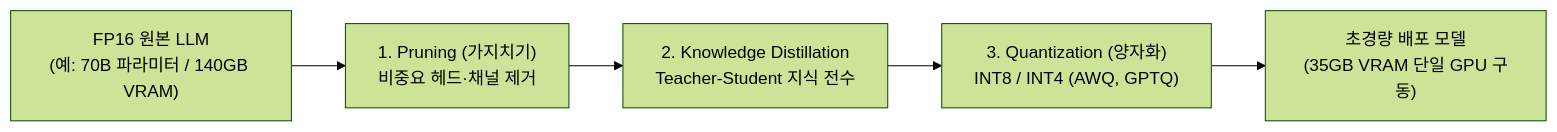
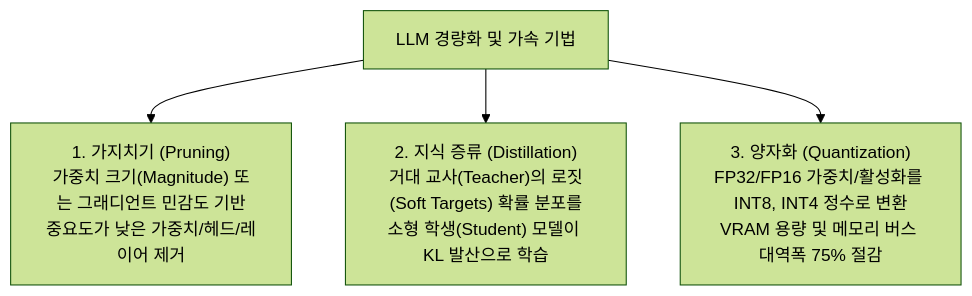
Before and after one commit to umyunsang/edu: the diagram in LGAimer/LG Aimers 8기/notes/04. LLM 경량화 — Pruning·Distillation·Quantization.md, drawn with Mermaid (forest theme). The commit also changed other lines of this file and 8 other files, not shown here.

````diff
--- a/LGAimer/LG Aimers 8기/notes/04. LLM 경량화 — Pruning·Distillation·Quantization.md
+++ b/LGAimer/LG Aimers 8기/notes/04. LLM 경량화 — Pruning·Distillation·Quantization.md
@@ -35,7 +33,7 @@
 ```mermaid
-flowchart LR
-    FP16["FP16 원본 LLM<br/>(예: 70B 파라미터 / 140GB VRAM)"] --> P["1. Pruning (가지치기)<br/>비중요 헤드·채널 제거"]
-    P --> KD["2. Knowledge Distillation<br/>Teacher-Student 지식 전수"]
-    KD --> QUANT["3. Quantization (양자화)<br/>INT8 / INT4 (AWQ, GPTQ)"]
-    QUANT --> COMPACT["초경량 배포 모델<br/>(35GB VRAM 단일 GPU 구동)"]
+graph TD
+    EFF["LLM 경량화 및 가속 기법"]
+    EFF --> PRUN["1. 가지치기 (Pruning)<br/>가중치 크기(Magnitude) 또는 그래디언트 민감도 기반<br/>중요도가 낮은 가중치/헤드/레이어 제거"]
+    EFF --> DIST["2. 지식 증류 (Distillation)<br/>거대 교사(Teacher)의 로짓(Soft Targets) 확률 분포를<br/>소형 학생(Student) 모델이 KL 발산으로 학습"]
+    EFF --> QUANT["3. 양자화 (Quantization)<br/>FP32/FP16 가중치/활성화를 INT8, INT4 정수로 변환<br/>VRAM 용량 및 메모리 버스 대역폭 75% 절감"]
 ```
````
